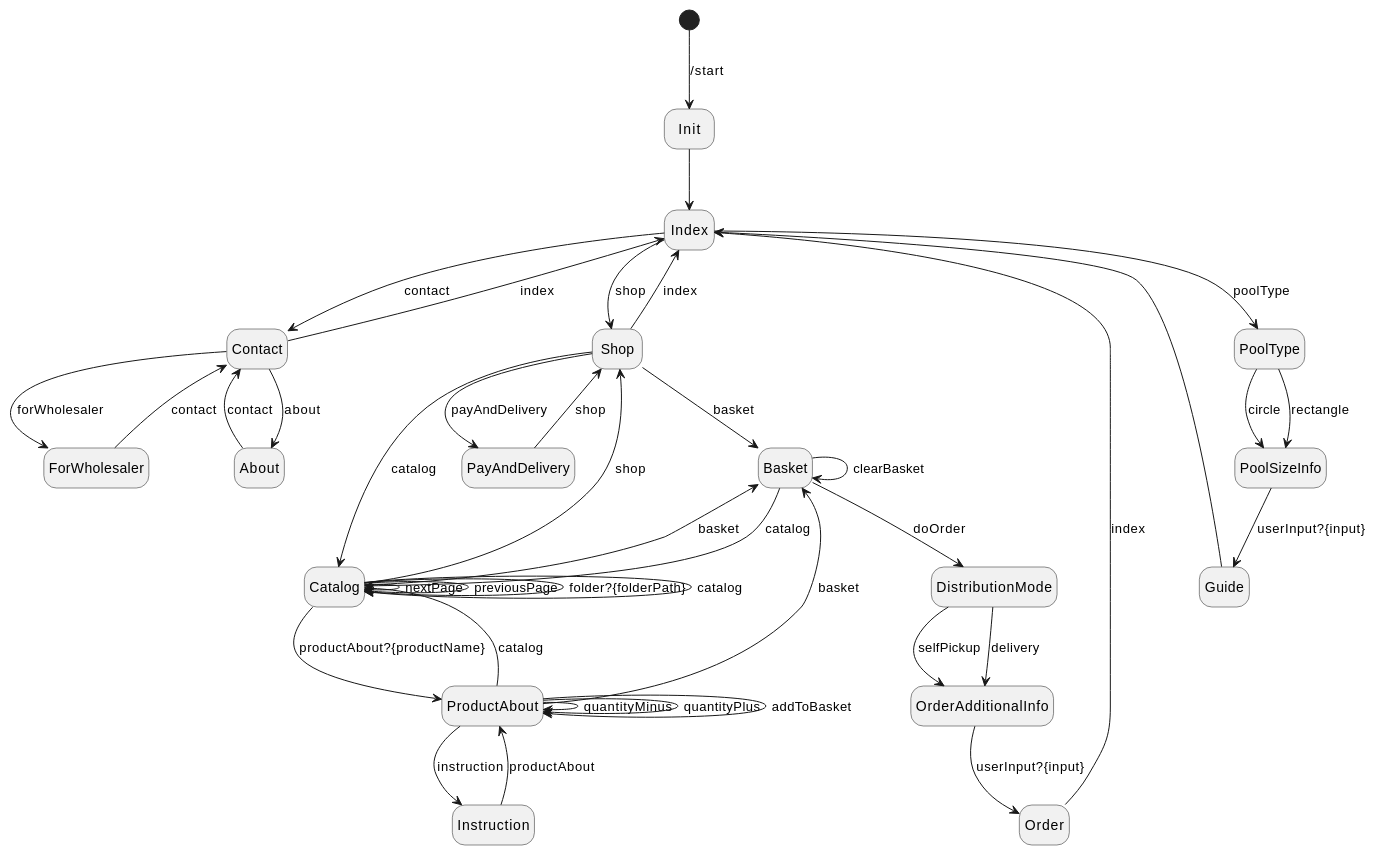
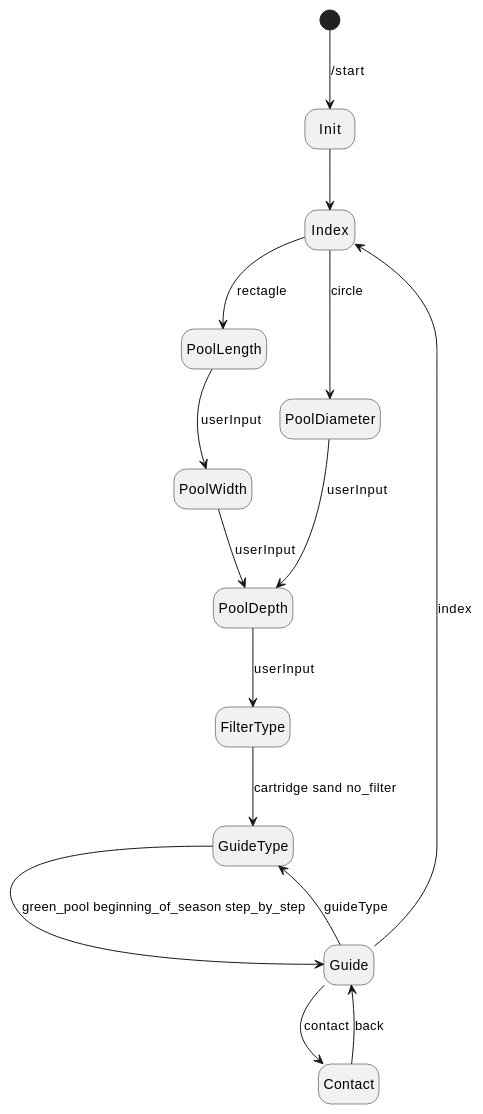
One commit to ViktorShchukin/shopbot changed the diagram in doc/botFsmDiagram.md. Above: the diagram before and after it, drawn with PlantUML.

Commit message:
Fix bot fsm diagram.

````diff
--- a/doc/botFsmDiagram.md
+++ b/doc/botFsmDiagram.md
@@ -2,79 +2,26 @@
 ```plantuml
 hide empty description
 
 state entrypoint <<start>>
-
-state About
-state Contact
-state Shop
-state Guide
-state Basket
-state Catalog
-state Index
-state Init
-state Order
-state ProductAbout
-state ForWholesaler
-state PayAndDelivery
-state Instruction
-state DistributionMode
-state OrderAdditionalInfo
     
 entrypoint --> Init : /start
 Init --> Index
 
+Index --> PoolLength : rectagle
+Index --> PoolDiameter : circle
 
-Index --> Contact : contact
-Index --> Shop : shop
+PoolLength --> PoolWidth : userInput
+PoolWidth --> PoolDepth : userInput
+PoolDiameter --> PoolDepth : userInput
+PoolDepth --> FilterType : userInput
 
-Index --> PoolType : poolType
-PoolType --> PoolSizeInfo : rectangle
-PoolType --> PoolSizeInfo : circle
-PoolSizeInfo --> Guide : userInput?{input}
-Guide --> Index
+FilterType --> GuideType : cartridge sand no_filter
 
-Contact --> About : about
-Contact --> ForWholesaler : forWholesaler
-Contact --> Index : index
+GuideType --> Guide : green_pool beginning_of_season step_by_step
 
-ForWholesaler --> Contact : contact
-About --> Contact : contact
+Guide --> Contact : contact
+Guide --> GuideType : guideType
+Guide --> Index : index
 
-Shop --> Catalog : catalog
-Shop --> PayAndDelivery : payAndDelivery
-Shop --> Basket : basket
-Shop --> Index : index
-
-PayAndDelivery --> Shop : shop
-
-Catalog --> Shop : shop
-Catalog --> ProductAbout : productAbout?{productName}
-Catalog --> Catalog : nextPage
-Catalog --> Catalog : previousPage
-'' get into the specific folder 
-Catalog --> Catalog : folder?{folderPath}
-'' go to the root of the catalog
-Catalog --> Catalog : catalog
-Catalog --> Basket : basket
-
-ProductAbout --> ProductAbout : quantityMinus
-ProductAbout --> ProductAbout : quantityPlus
-ProductAbout --> ProductAbout : addToBasket
-ProductAbout --> Basket : basket
-'' ProductAbout --> Shop : shop
-ProductAbout --> Catalog : catalog
-ProductAbout --> Instruction : instruction
-
-Instruction --> ProductAbout : productAbout
-
-Basket --> Catalog : catalog
-Basket --> Basket : clearBasket
-Basket --> DistributionMode : doOrder
-
-DistributionMode --> OrderAdditionalInfo : delivery
-DistributionMode --> OrderAdditionalInfo : selfPickup
-
-OrderAdditionalInfo --> Order : userInput?{input}
-
-Order --> Index : index
+Contact --> Guide : back
 ```
````
